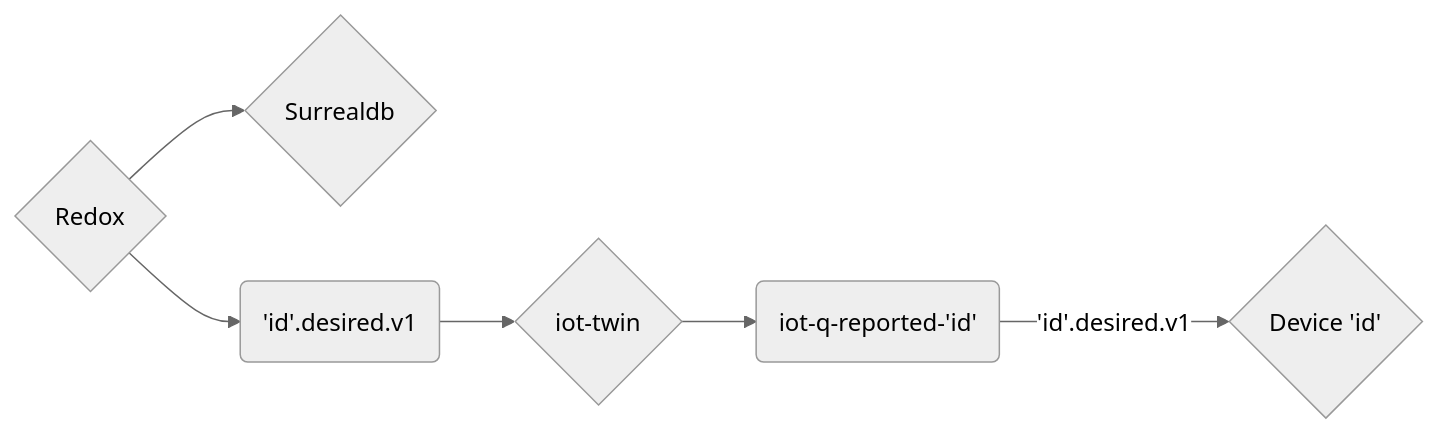
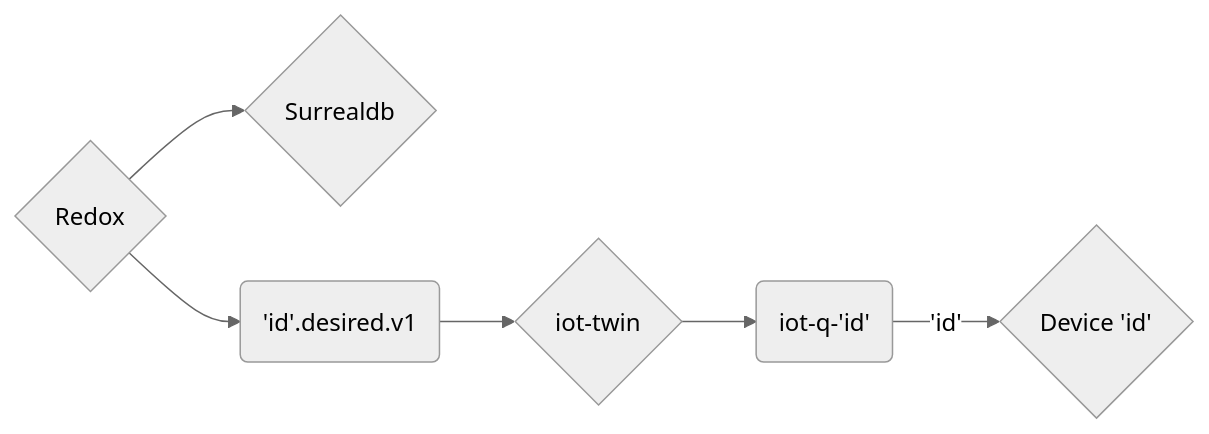
The fourth of 7 diagrams in docs/rabbit.md (MaxThom/mir-rs), drawn with Mermaid (neutral theme) before and after one commit. The commit also changed other lines of this file and 7 other files, not shown here.

````diff
--- a/docs/rabbit.md
+++ b/docs/rabbit.md
@@ -25,8 +36,8 @@
 ```mermaid
 graph LR;
     A{Redox}-->F{Surrealdb}
     A{Redox}-->B('id'.desired.v1)
     B-->C{iot-twin}
-    C-->D(iot-q-reported-'id')
-    D-->|'id'.desired.v1|E{Device 'id'}
+    C-->D(iot-q-'id')
+    D-->|'id'|E{Device 'id'}
 ```
````
